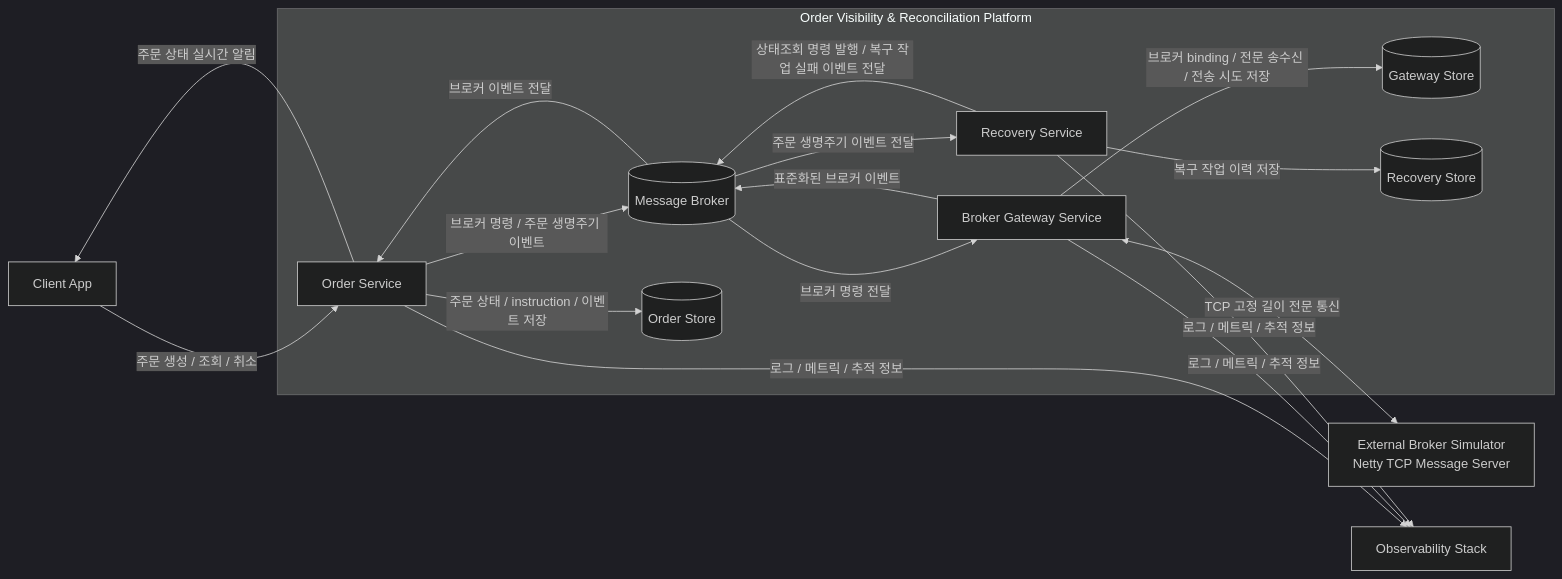
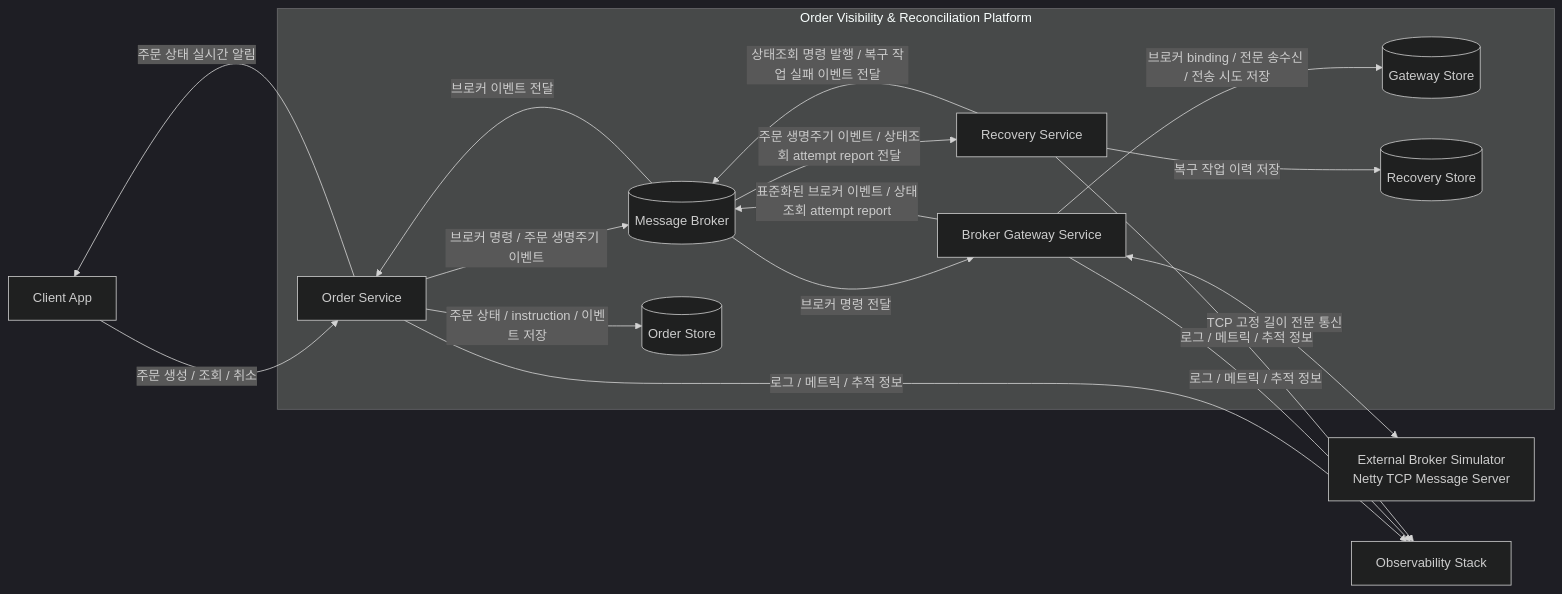
The first of 6 diagrams in docs/07-architecture-overview.md (f-lab-edu/trading-order-reliability-lab), drawn with Mermaid (dark theme) before and after one commit. The commit also changed other lines of this file and 8 other files, not shown here.

````diff
--- a/docs/07-architecture-overview.md
+++ b/docs/07-architecture-overview.md
@@ -66,41 +67,41 @@
 ```mermaid
 flowchart LR
     Client[Client App]
 
     subgraph Platform[Order Visibility & Reconciliation Platform]
         OS[Order Service]
         BG[Broker Gateway Service]
         RS[Recovery Service]
 
         MB[(Message Broker)]
 
         OStore[(Order Store)]
         GStore[(Gateway Store)]
         RStore[(Recovery Store)]
     end
 
     Broker[External Broker Simulator<br/>Netty TCP Message Server]
     Obs[Observability Stack]
 
     Client -->|주문 생성 / 조회 / 취소| OS
     OS -->|주문 상태 실시간 알림| Client
 
     OS -->|주문 상태 / instruction / 이벤트 저장| OStore
     BG -->|브로커 binding / 전문 송수신 / 전송 시도 저장| GStore
     RS -->|복구 작업 이력 저장| RStore
 
     OS -->|브로커 명령 / 주문 생명주기 이벤트| MB
     MB -->|브로커 명령 전달| BG
 
-    BG -->|표준화된 브로커 이벤트| MB
+    BG -->|표준화된 브로커 이벤트 / 상태조회 attempt report| MB
     MB -->|브로커 이벤트 전달| OS
 
-    MB -->|주문 생명주기 이벤트 전달| RS
+    MB -->|주문 생명주기 이벤트 / 상태조회 attempt report 전달| RS
     RS -->|상태조회 명령 발행 / 복구 작업 실패 이벤트 전달| MB
 
     BG <-->|TCP 고정 길이 전문 통신| Broker
 
     OS -->|로그 / 메트릭 / 추적 정보| Obs
     BG -->|로그 / 메트릭 / 추적 정보| Obs
     RS -->|로그 / 메트릭 / 추적 정보| Obs
 ```
````
